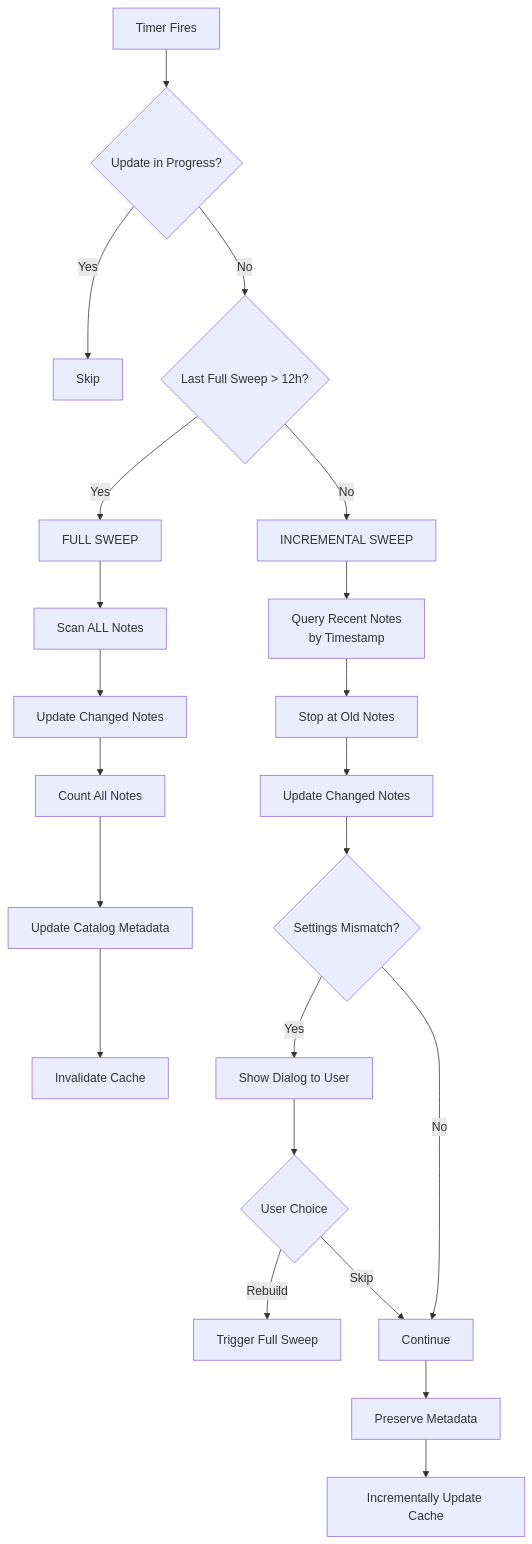
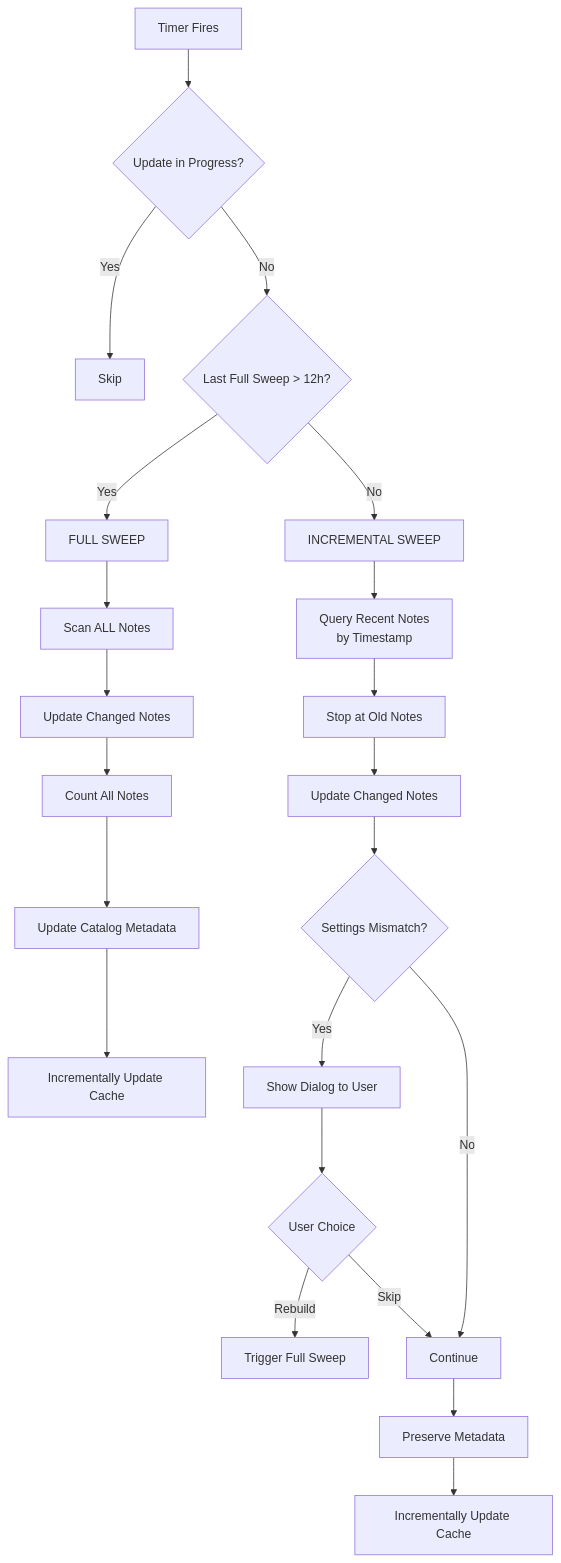
Before and after one commit to alondmnt/joplin-plugin-jarvis: the second of 7 diagrams in VECTOR_DB_UPDATE_FLOW.md, drawn with Mermaid. The commit also changed other lines of this file and 4 other files, not shown here.

````diff
--- a/VECTOR_DB_UPDATE_FLOW.md
+++ b/VECTOR_DB_UPDATE_FLOW.md
@@ -58,26 +58,26 @@
 ```mermaid
 graph TD
     A[Timer Fires] --> B{Update in Progress?}
     B -->|Yes| C[Skip]
     B -->|No| D{Last Full Sweep > 12h?}
     D -->|Yes| E[FULL SWEEP]
     D -->|No| F[INCREMENTAL SWEEP]
 
     E --> G[Scan ALL Notes]
     G --> H[Update Changed Notes]
     H --> I[Count All Notes]
     I --> J[Update Catalog Metadata]
-    J --> K[Invalidate Cache]
+    J --> K[Incrementally Update Cache]
 
     F --> L[Query Recent Notes<br/>by Timestamp]
     L --> M[Stop at Old Notes]
     M --> N[Update Changed Notes]
     N --> O{Settings Mismatch?}
     O -->|Yes| P[Show Dialog to User]
     P --> Q{User Choice}
     Q -->|Rebuild| R[Trigger Full Sweep]
     Q -->|Skip| S[Continue]
     O -->|No| S
     S --> T[Preserve Metadata]
     T --> U[Incrementally Update Cache]
 ```
````
